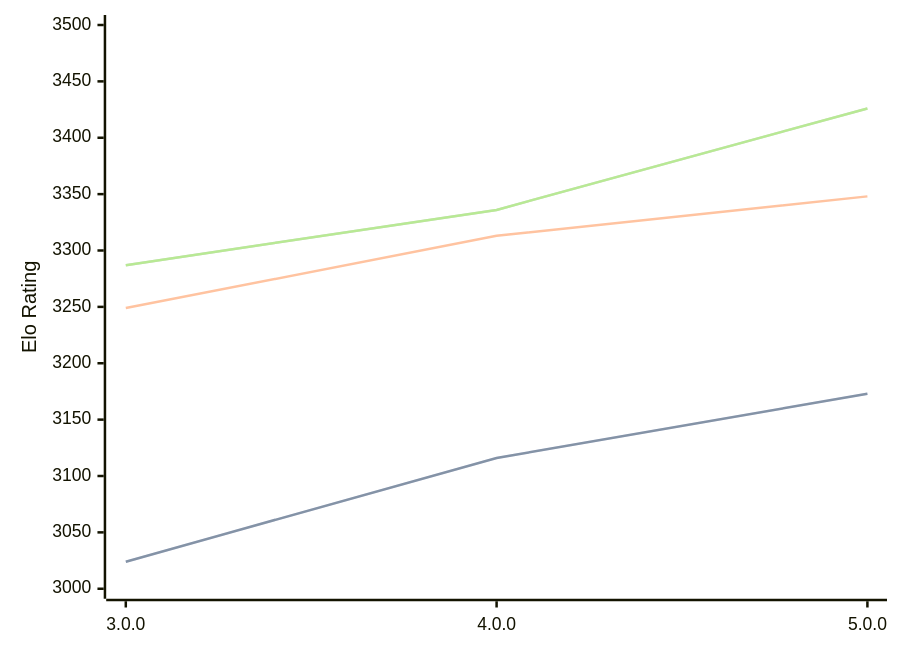
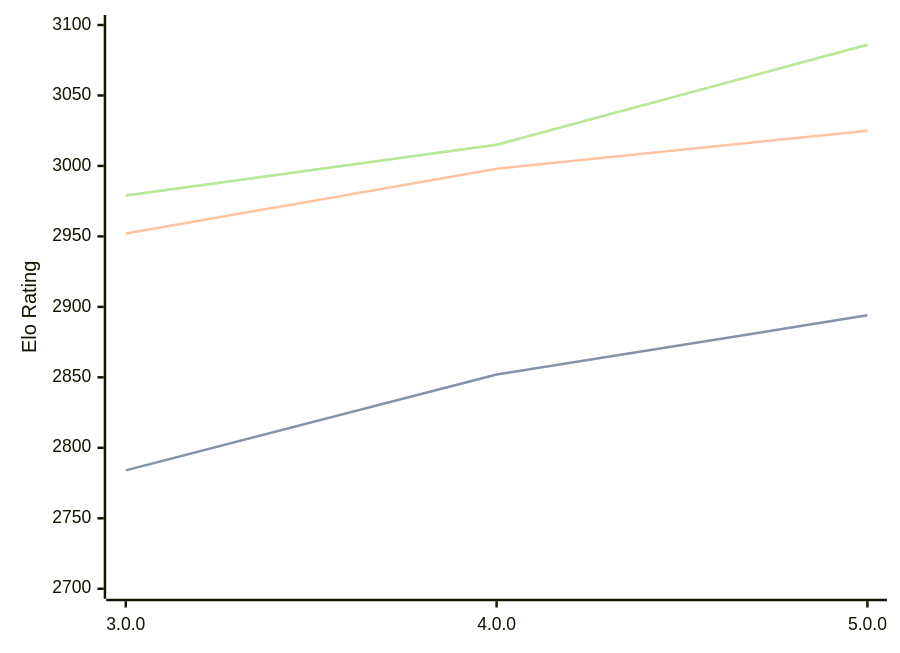
The diagram in engines/Minke.md (computer-chess-index/cci), drawn with Mermaid before and after one commit. The commit also changed other lines of this file, not shown here.

Commit message:
Update CCI Ratings (ELO VLTC) - 2026-02-23

````diff
--- a/engines/Minke.md
+++ b/engines/Minke.md
@@ -32,11 +32,11 @@
 ```mermaid
 %%{init: {"theme":"base","themeVariables":{"seriesColors:['#a3a3a3','#222221','#faa371']}}}%%
 xychart-beta
   x-axis ["3.0.0", "4.0.0", "5.0.0"]
-  y-axis "Elo Rating" 3000 --> 3500
-  line "STC (8.0+0.08s)" [3024, 3116, 3173]
-  line "STC (8.0+0.08s)" [3024, 3116, 3173]
-  line "LTC (60.0+0.60s)" [3249, 3313, 3348]
-  line "VLTC (2m24s+1.12s)" [3287, 3336, 3426]
-  line "VLTC (2m24s+1.12s)" [3287, 3336, 3426]
+  y-axis "Elo Rating" 2700 --> 3100
+  line "STC (8.0+0.08s)" [2784, 2852, 2894]
+  line "STC (8.0+0.08s)" [2784, 2852, 2894]
+  line "LTC (60.0+0.60s)" [2952, 2998, 3025]
+  line "VLTC (2m24s+1.12s)" [2979, 3015, 3086]
+  line "VLTC (2m24s+1.12s)" [2979, 3015, 3086]
 ```
````
